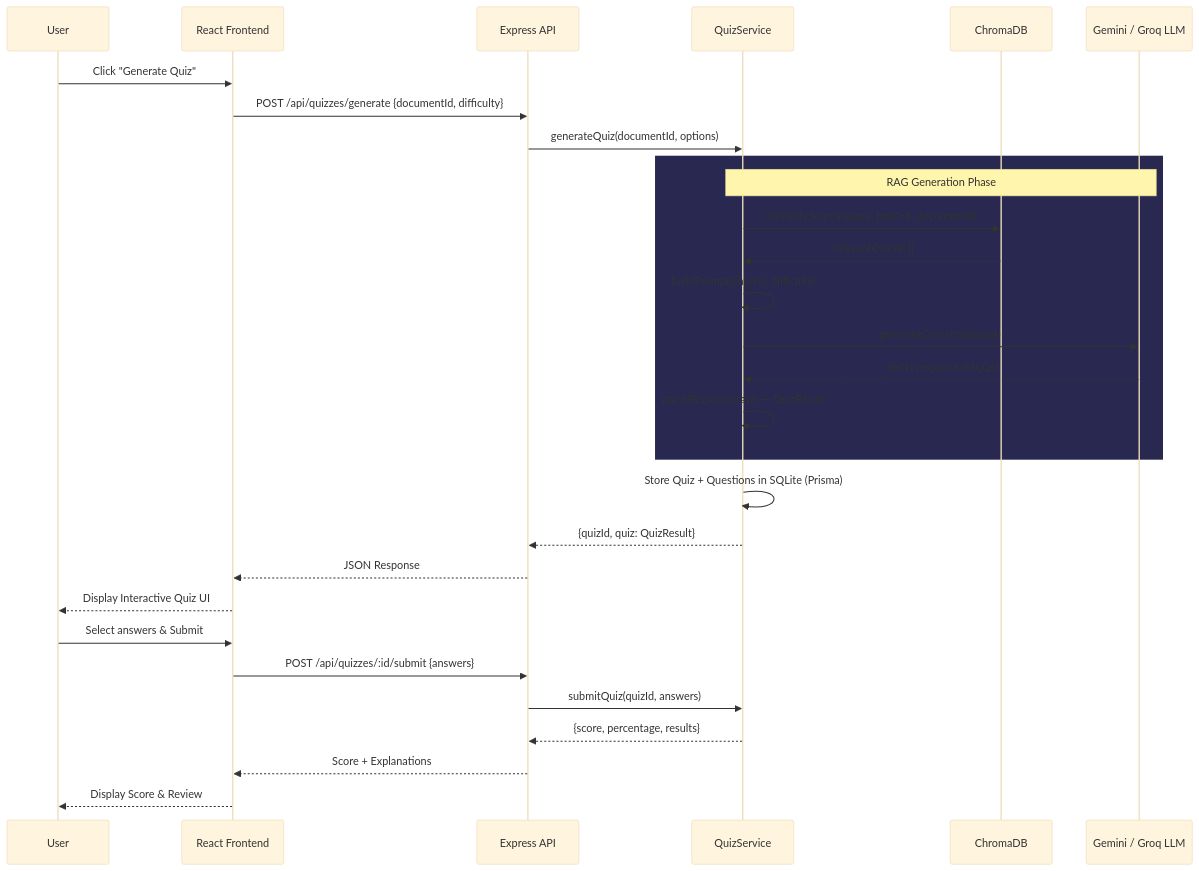
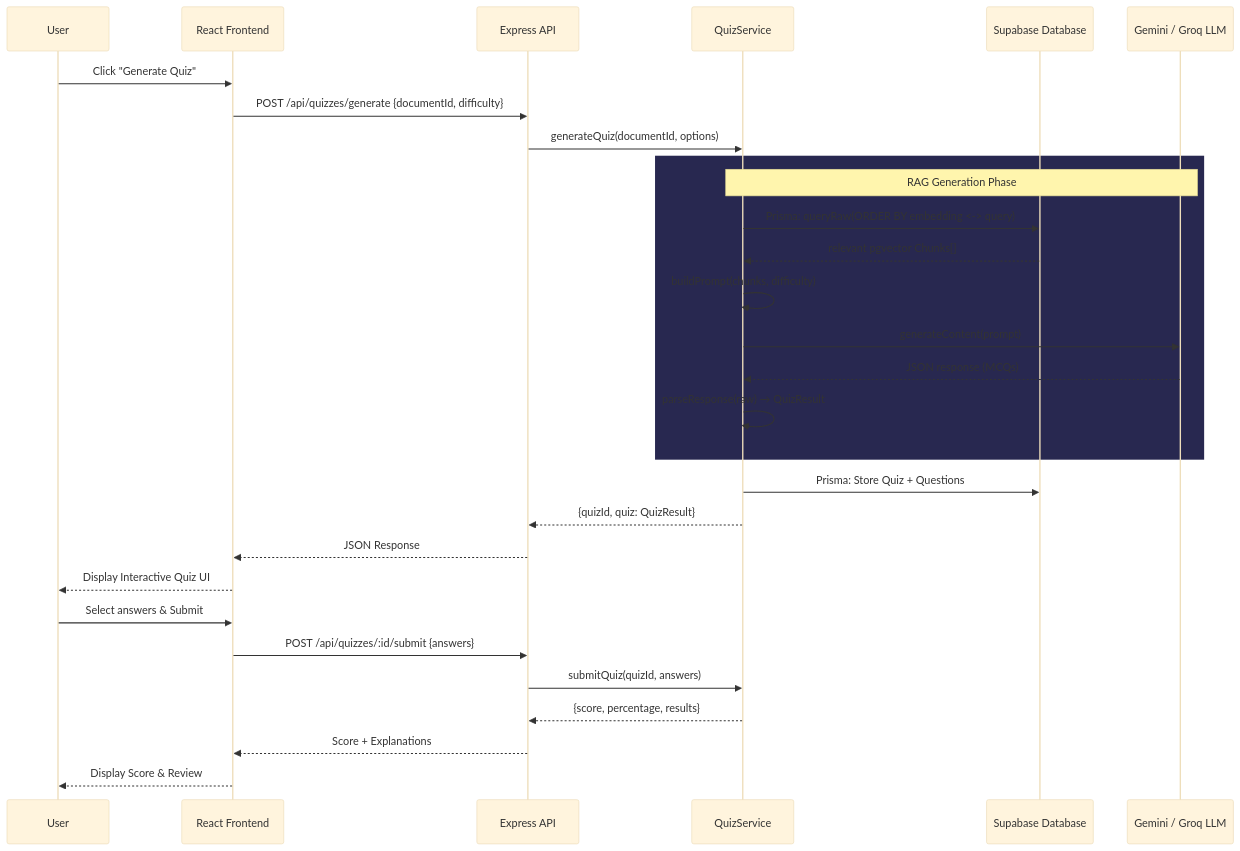
One commit to AyushCoder9/PromptPrep changed the diagram in sequenceDiagram.md. Above: the diagram before and after it, drawn with Mermaid (base theme). The commit also changed 5 other files, not shown here.

Commit message:
Update documentation and diagrams to reflect Supabase PGVector architecture; restyle README

````diff
--- a/sequenceDiagram.md
+++ b/sequenceDiagram.md
@@ -1,35 +1,35 @@
 ```mermaid
 sequenceDiagram
     participant User
     participant React as React Frontend
     participant API as Express API
     participant QS as QuizService
-    participant VDB as ChromaDB
+    participant VDB as Supabase Database
     participant LLM as Gemini / Groq LLM
 
     User->>React: Click "Generate Quiz"
     React->>API: POST /api/quizzes/generate {documentId, difficulty}
     API->>QS: generateQuiz(documentId, options)
     
     rect rgb(40, 40, 80)
         note over QS, LLM: RAG Generation Phase
-        QS->>VDB: similaritySearch(query, topK=8, documentId)
-        VDB-->>QS: relevantChunks[]
+        QS->>VDB: Prisma: queryRaw(ORDER BY embedding <-> query)
+        VDB-->>QS: relevant pgvector Chunks[]
         QS->>QS: buildPrompt(chunks, difficulty)
         QS->>LLM: generateContent(prompt)
         LLM-->>QS: JSON response (MCQs)
         QS->>QS: parseResponse(raw) → QuizResult
     end
 
-    QS->>QS: Store Quiz + Questions in SQLite (Prisma)
+    QS->>VDB: Prisma: Store Quiz + Questions
     QS-->>API: {quizId, quiz: QuizResult}
     API-->>React: JSON Response
     React-->>User: Display Interactive Quiz UI
     
     User->>React: Select answers & Submit
     React->>API: POST /api/quizzes/:id/submit {answers}
     API->>QS: submitQuiz(quizId, answers)
     QS-->>API: {score, percentage, results}
     API-->>React: Score + Explanations
     React-->>User: Display Score & Review
 ```
````
